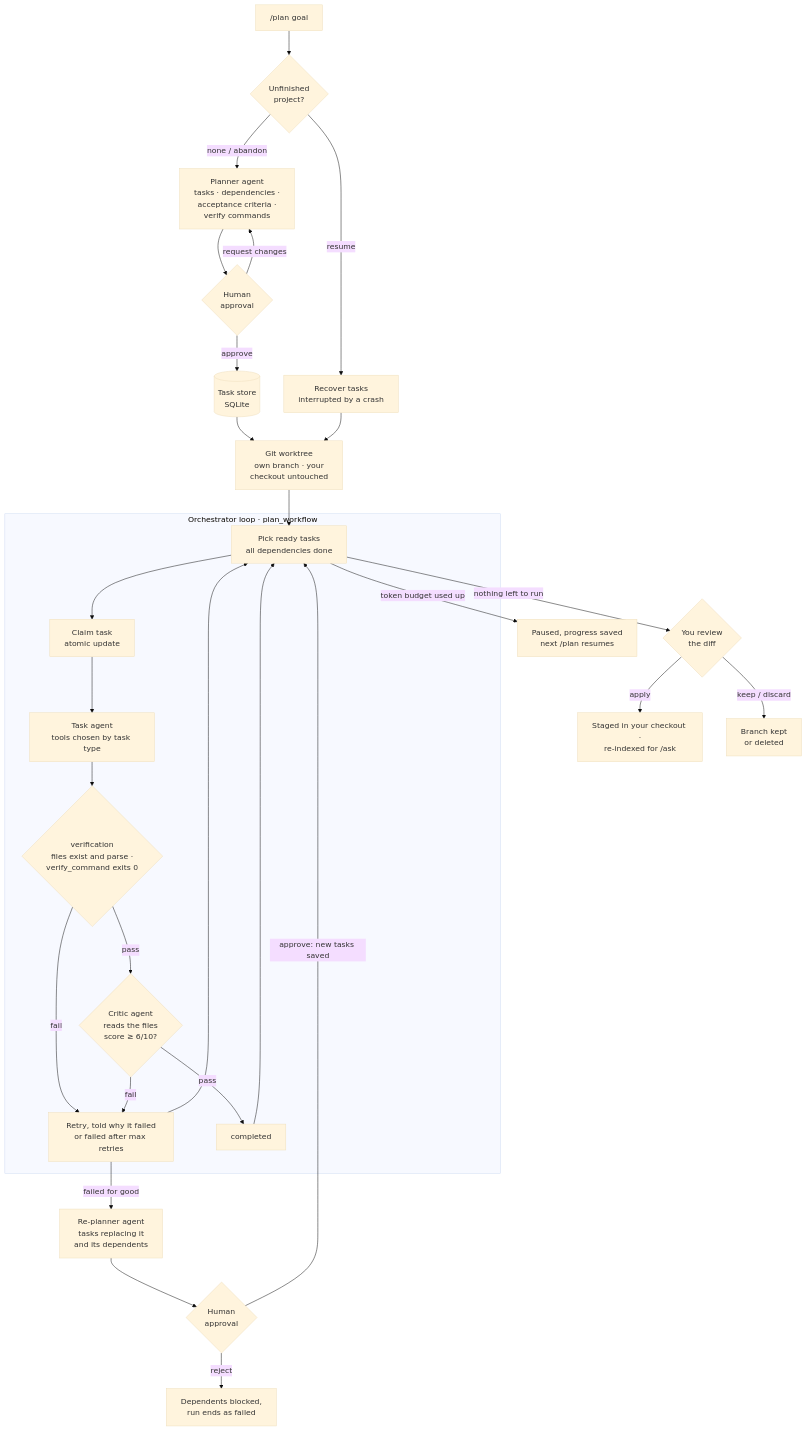
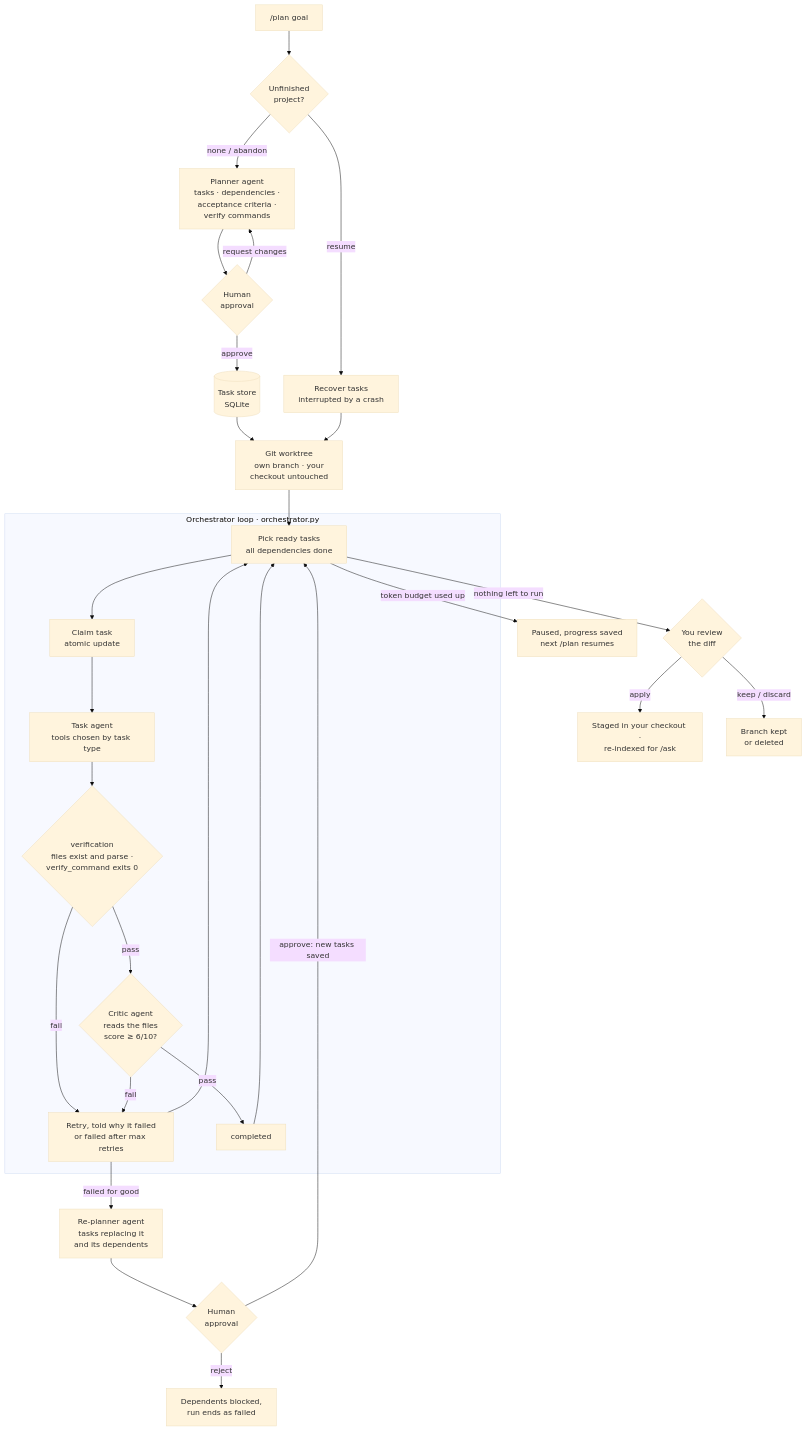
One commit to Parth-Babariya/RepoPilot changed the sixth of 10 diagrams in README.md. Above: the diagram before and after it, drawn with Mermaid (base theme). The commit also changed other lines of this file and 5 other files, not shown here.

First line of the commit message:
Move the /plan task loop into workflows/orchestrator.py

````diff
--- a/README.md
+++ b/README.md
@@ -303,33 +303,33 @@
 ```mermaid
 flowchart TD
     goal["/plan goal"] --> exists{"Unfinished<br/>project?"}
     exists -- "resume" --> recover["Recover tasks<br/>interrupted by a crash"]
     exists -- "none / abandon" --> planner["Planner agent<br/>tasks · dependencies ·<br/>acceptance criteria ·<br/>verify commands"]
     planner --> approve{"Human<br/>approval"}
     approve -- "request changes" --> planner
     approve -- "approve" --> store[("Task store<br/>SQLite")]
     store --> wt["Git worktree<br/>own branch · your<br/>checkout untouched"]
     recover --> wt
     wt --> ready
 
-    subgraph orchestrator["Orchestrator loop · plan_workflow"]
+    subgraph orchestrator["Orchestrator loop · orchestrator.py"]
         ready["Pick ready tasks<br/>all dependencies done"] --> claim["Claim task<br/>atomic update"]
         claim --> worker["Task agent<br/>tools chosen by task type"]
         worker --> checks{"verification<br/>files exist and parse ·<br/>verify_command exits 0"}
         checks -- "pass" --> judge{"Critic agent<br/>reads the files<br/>score ≥ 6/10?"}
         checks -- "fail" --> retry["Retry, told why it failed<br/>or failed after max retries"]
         judge -- "pass" --> done["completed"]
         judge -- "fail" --> retry
         retry --> ready
         done --> ready
     end
 
     retry -- "failed for good" --> replan["Re-planner agent<br/>tasks replacing it<br/>and its dependents"]
     replan --> approve2{"Human<br/>approval"}
     approve2 -- "approve: new tasks saved" --> ready
     approve2 -- "reject" --> blocked["Dependents blocked,<br/>run ends as failed"]
     ready -- "token budget used up" --> paused["Paused, progress saved<br/>next /plan resumes"]
     ready -- "nothing left to run" --> review{"You review<br/>the diff"}
     review -- "apply" --> reindex["Staged in your checkout ·<br/>re-indexed for /ask"]
     review -- "keep / discard" --> kept["Branch kept<br/>or deleted"]
 ```
````
